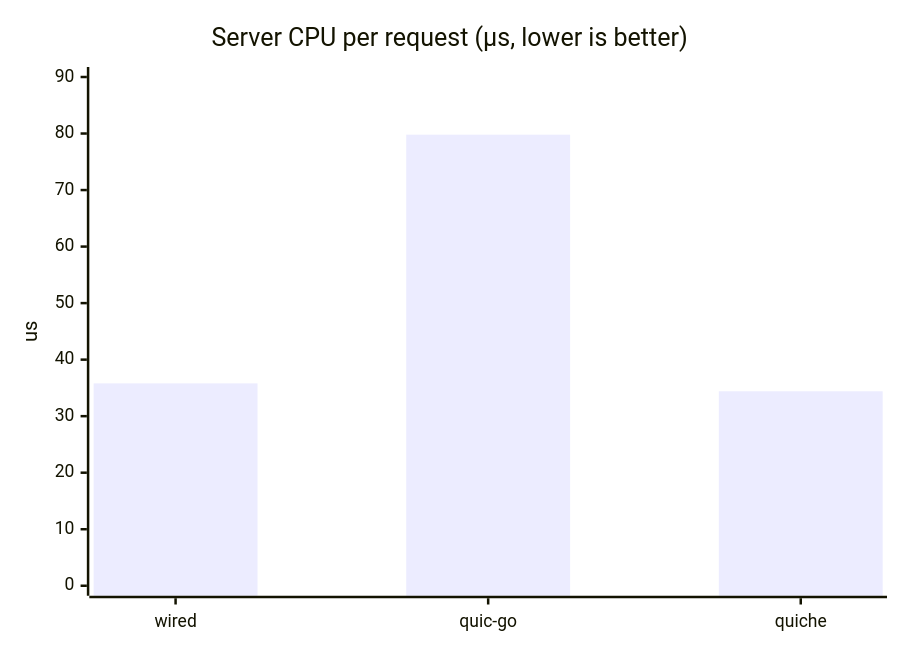
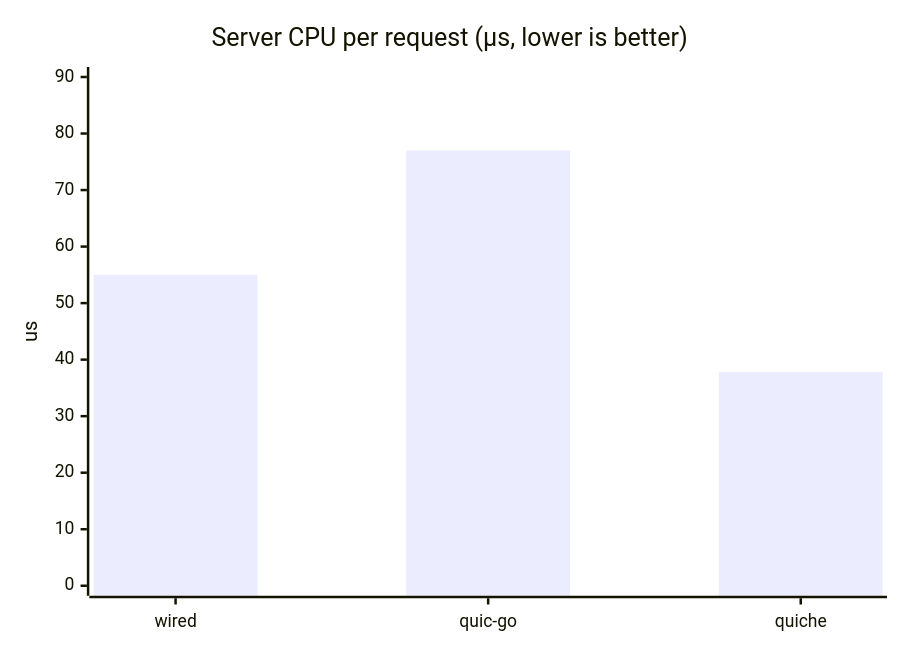
Before and after one commit to Hakkadaikon/wired: the sixth of 6 diagrams in docs/performance/comparison.md, drawn with Mermaid. The commit also changed other lines of this file, not shown here.

````diff
--- a/docs/performance/comparison.md
+++ b/docs/performance/comparison.md
@@ -362,7 +397,7 @@
 ```mermaid
 xychart-beta
     title "Server CPU per request (µs, lower is better)"
     x-axis ["wired", "quic-go", "quiche"]
     y-axis "us" 0 --> 90
-    bar [35.8, 79.8, 34.4]
+    bar [55.0, 77.0, 37.8]
 ```
````
